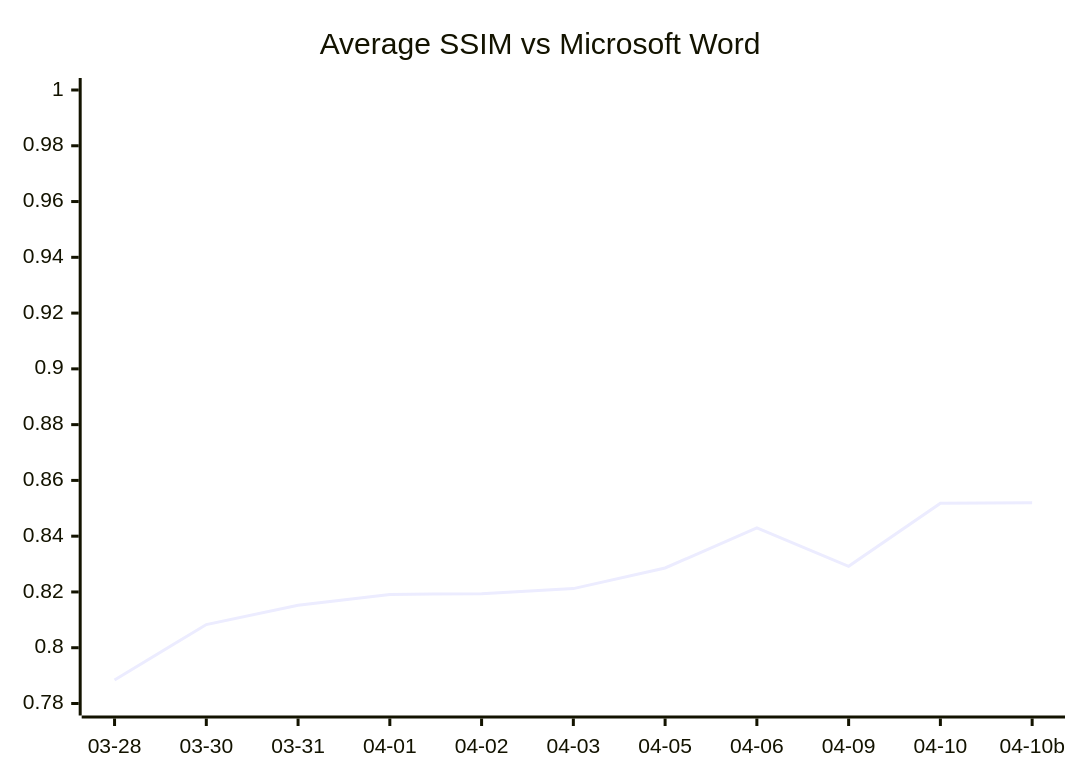
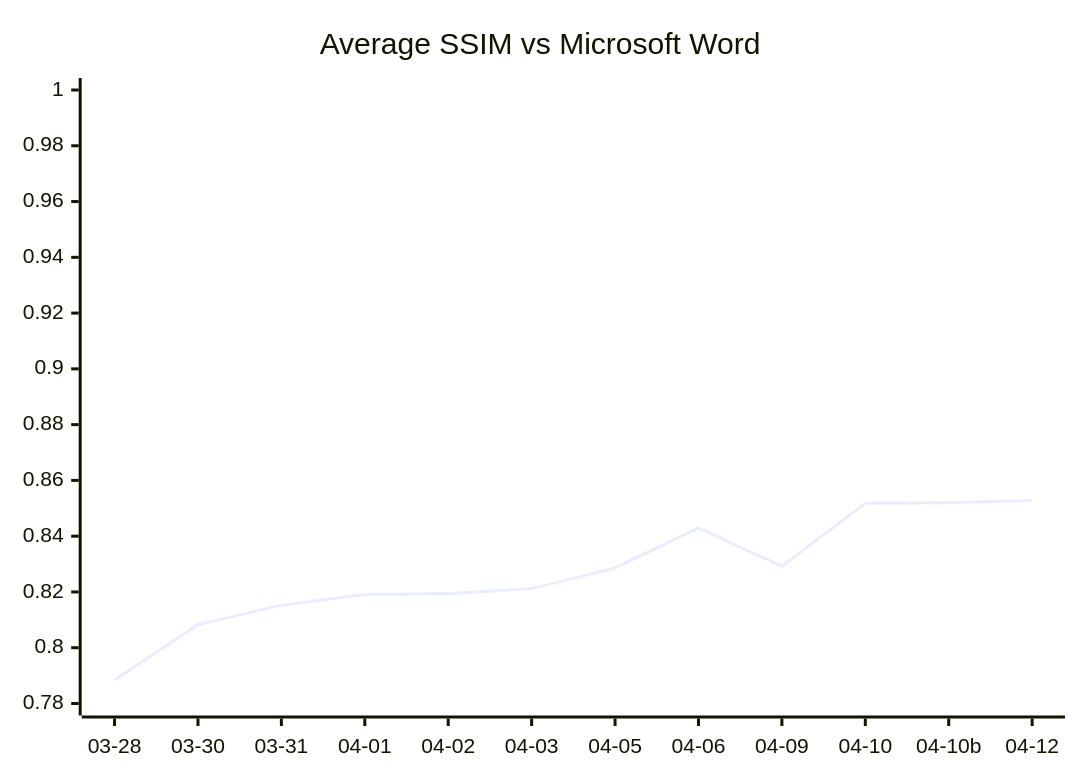
One commit to Ryujiyasu/oxi changed the diagram in README.md. Above: the diagram before and after it, drawn with Mermaid.

Commit message:
docs: update SSIM to 0.8528 (177 docs, 352 pages)

````diff
--- a/README.md
+++ b/README.md
@@ -212,7 +212,7 @@
 ```mermaid
 xychart-beta
   title "Average SSIM vs Microsoft Word"
-  x-axis ["03-28", "03-30", "03-31", "04-01", "04-02", "04-03", "04-05", "04-06", "04-09", "04-10", "04-10b"]
+  x-axis ["03-28", "03-30", "03-31", "04-01", "04-02", "04-03", "04-05", "04-06", "04-09", "04-10", "04-10b", "04-12"]
   y-axis 0.78 --> 1.0
-  line [0.7884, 0.8083, 0.8152, 0.8191, 0.8194, 0.8212, 0.8286, 0.8430, 0.8292, 0.8518, 0.8520]
+  line [0.7884, 0.8083, 0.8152, 0.8191, 0.8194, 0.8212, 0.8286, 0.8430, 0.8292, 0.8518, 0.8520, 0.8528]
 ```
````
